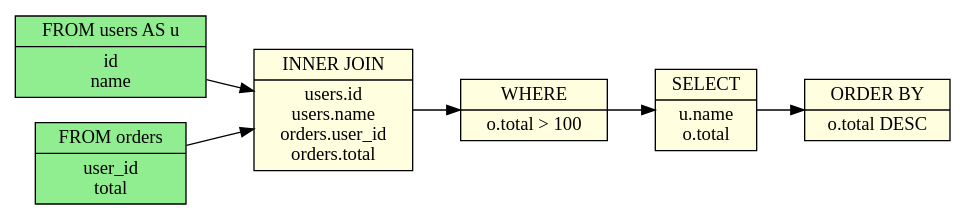
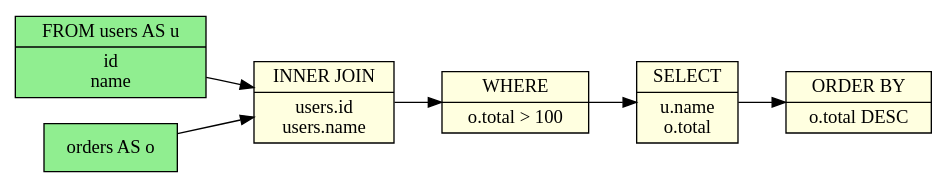
Before and after one commit to rot1024/sqloflow: the diagram in examples/join.dot, drawn with Graphviz. The commit also changed 47 other files, not shown here.

```diff
--- a/examples/join.dot
+++ b/examples/join.dot
@@ -1,23 +1,23 @@
 digraph schema_flow {
   rankdir=LR;
   node [shape=record];
 
   // Source tables
   node_0 [label="FROM users AS u|id\nname", style=filled, fillcolor=lightgreen];
-  table_orders [label="FROM orders|user_id\ntotal", style=filled, fillcolor=lightgreen];
 
+  node_1 [label="orders AS o", style=filled, fillcolor=lightgreen];
   // Operations
-  node_2 [label="WHERE|o.total \> 100", style=filled, fillcolor=lightyellow];
-  node_3 [label="SELECT|u.name\no.total", style=filled, fillcolor=lightyellow];
-  node_4 [label="ORDER BY|o.total DESC", style=filled, fillcolor=lightyellow];
+  node_3 [label="WHERE|o.total \> 100", style=filled, fillcolor=lightyellow];
+  node_4 [label="SELECT|u.name\no.total", style=filled, fillcolor=lightyellow];
+  node_5 [label="ORDER BY|o.total DESC", style=filled, fillcolor=lightyellow];
 
   // Data flow edges
 
   // JOIN operations with table info
-  node_1 [label="INNER JOIN|users.id\nusers.name\norders.user_id\norders.total", style=filled, fillcolor=lightyellow];
-  node_0 -> node_1;
+  node_2 [label="INNER JOIN|users.id\nusers.name", style=filled, fillcolor=lightyellow];
+  node_0 -> node_2;
   node_1 -> node_2;
   node_2 -> node_3;
   node_3 -> node_4;
-  table_orders -> node_1;
+  node_4 -> node_5;
 }
```
